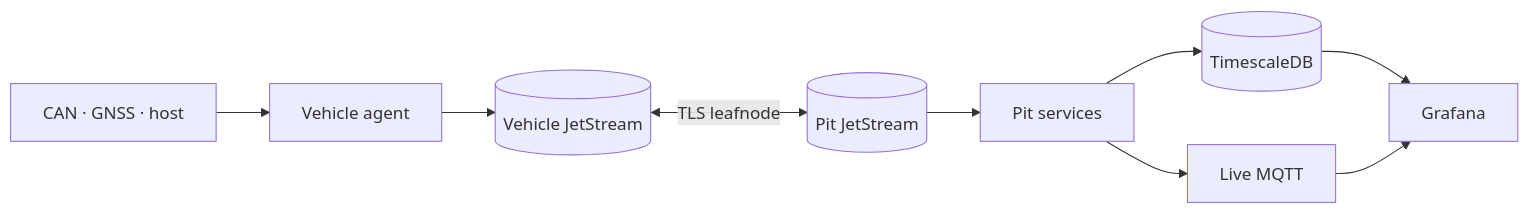
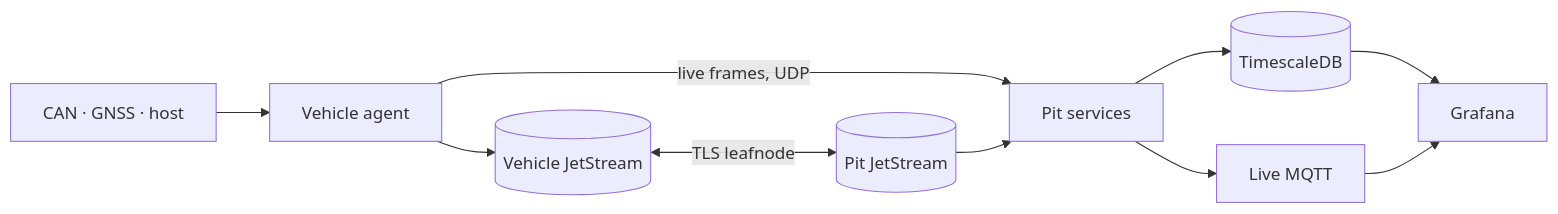
One commit to Robert-McMahon/openlaps changed the diagram in docs/index.md. Above: the diagram before and after it, drawn with Mermaid. The commit also changed other lines of this file and 21 other files, not shown here.

````diff
--- a/docs/index.md
+++ b/docs/index.md
@@ -22,11 +25,12 @@
 ```mermaid
 flowchart LR
   Inputs[CAN · GNSS · host] --> Agent[Vehicle agent]
   Agent --> VehicleNATS[(Vehicle JetStream)]
   VehicleNATS <-->|TLS leafnode| PitNATS[(Pit JetStream)]
+  Agent -->|live frames, UDP| Services
   PitNATS --> Services[Pit services]
   Services --> DB[(TimescaleDB)]
   Services --> MQTT[Live MQTT]
   DB --> Grafana[Grafana]
   MQTT --> Grafana
 ```
````
